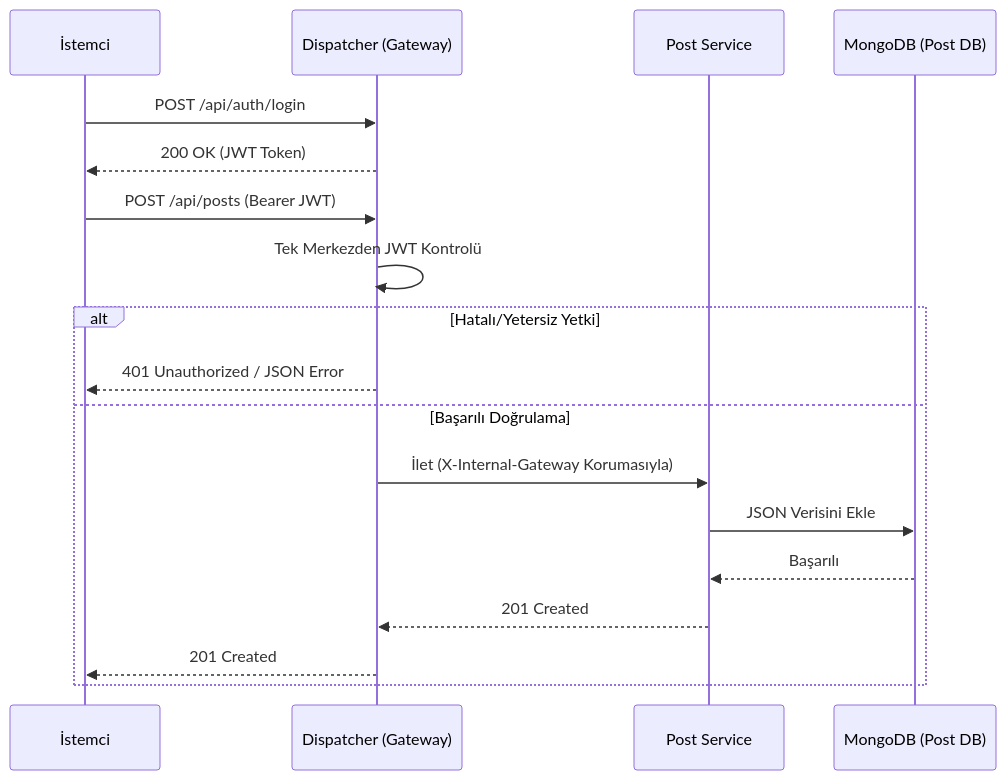
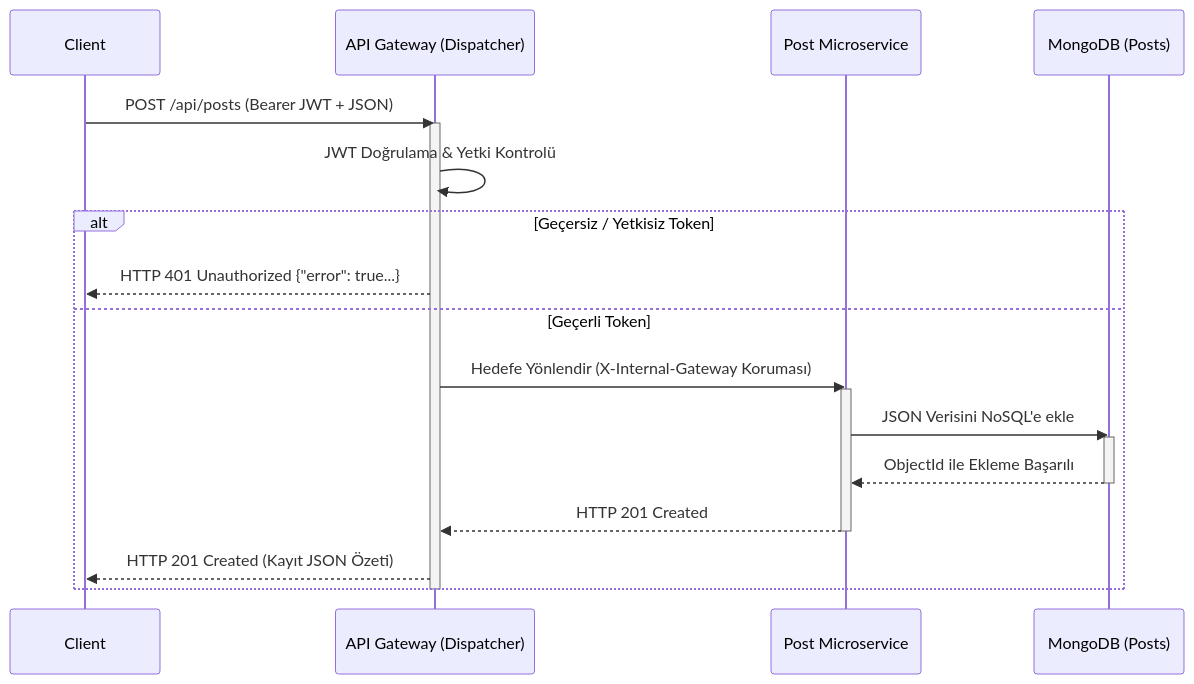
Before and after one commit to ibrahimkizilarslan/pulsenet-microservice: the second of 2 diagrams in README.md, drawn with Mermaid. The commit also changed other lines of this file, not shown here.

````diff
--- a/README.md
+++ b/README.md
@@ -50,22 +64,25 @@
 ```mermaid
 sequenceDiagram
-    participant Client as İstemci
-    participant Gateway as Dispatcher (Gateway)
-    participant Target as Post Service
-    participant DB as MongoDB (Post DB)
+    participant Client
+    participant Gateway as API Gateway (Dispatcher)
+    participant PostService as Post Microservice
+    participant DB as MongoDB (Posts)
     
-    Client->>Gateway: POST /api/auth/login
-    Gateway-->>Client: 200 OK (JWT Token)
-
-    Client->>Gateway: POST /api/posts (Bearer JWT)
-    Gateway->>Gateway: Tek Merkezden JWT Kontrolü
-    alt Hatalı/Yetersiz Yetki
-        Gateway-->>Client: 401 Unauthorized / JSON Error
-    else Başarılı Doğrulama
-        Gateway->>Target: İlet (X-Internal-Gateway Korumasıyla)
-        Target->>DB: JSON Verisini Ekle
-        DB-->>Target: Başarılı
-        Target-->>Gateway: 201 Created
-        Gateway-->>Client: 201 Created
+    Client->>Gateway: POST /api/posts (Bearer JWT + JSON)
+    activate Gateway
+    Gateway->>Gateway: JWT Doğrulama & Yetki Kontrolü
+    alt Geçersiz / Yetkisiz Token
+        Gateway-->>Client: HTTP 401 Unauthorized {"error": true...}
+    else Geçerli Token
+        Gateway->>PostService: Hedefe Yönlendir (X-Internal-Gateway Koruması)
+        activate PostService
+        PostService->>DB: JSON Verisini NoSQL'e ekle
+        activate DB
+        DB-->>PostService: ObjectId ile Ekleme Başarılı
+        deactivate DB
+        PostService-->>Gateway: HTTP 201 Created
+        deactivate PostService
+        Gateway-->>Client: HTTP 201 Created (Kayıt JSON Özeti)
     end
+    deactivate Gateway
 ```
````
